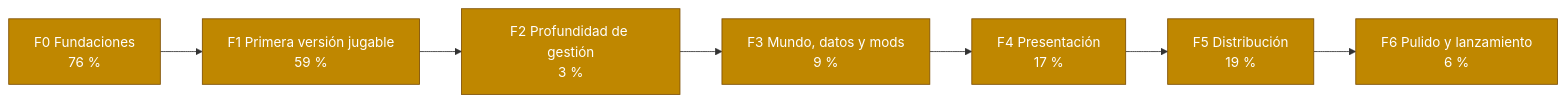
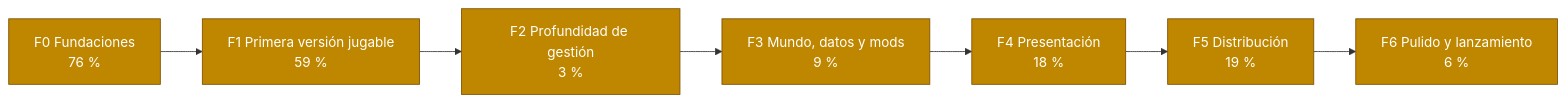
Before and after one commit to dariogea/BM27: the second of 2 diagrams in docs/roadmap.md, drawn with Mermaid. The commit also changed other lines of this file and 11 other files, not shown here.

````diff
--- a/docs/roadmap.md
+++ b/docs/roadmap.md
@@ -50,21 +50,21 @@
 ```mermaid
 flowchart LR
   F0["F0 Fundaciones<br/>76 %"]
   F1["F1 Primera versión jugable<br/>59 %"]
   F2["F2 Profundidad de gestión<br/>3 %"]
   F3["F3 Mundo, datos y mods<br/>9 %"]
-  F4["F4 Presentación<br/>17 %"]
+  F4["F4 Presentación<br/>18 %"]
   F5["F5 Distribución<br/>19 %"]
   F6["F6 Pulido y lanzamiento<br/>6 %"]
   F0 --> F1 --> F2 --> F3 --> F4 --> F5 --> F6
   classDef hecho fill:#2da44e,color:#fff,stroke:#1a7f37;
   classDef curso fill:#bf8700,color:#fff,stroke:#7d4e00;
   classDef pendiente fill:#eaeef2,color:#24292f,stroke:#8c959f;
   class F0 curso;
   class F1 curso;
   class F2 curso;
   class F3 curso;
   class F4 curso;
   class F5 curso;
   class F6 curso;
 ```
````
